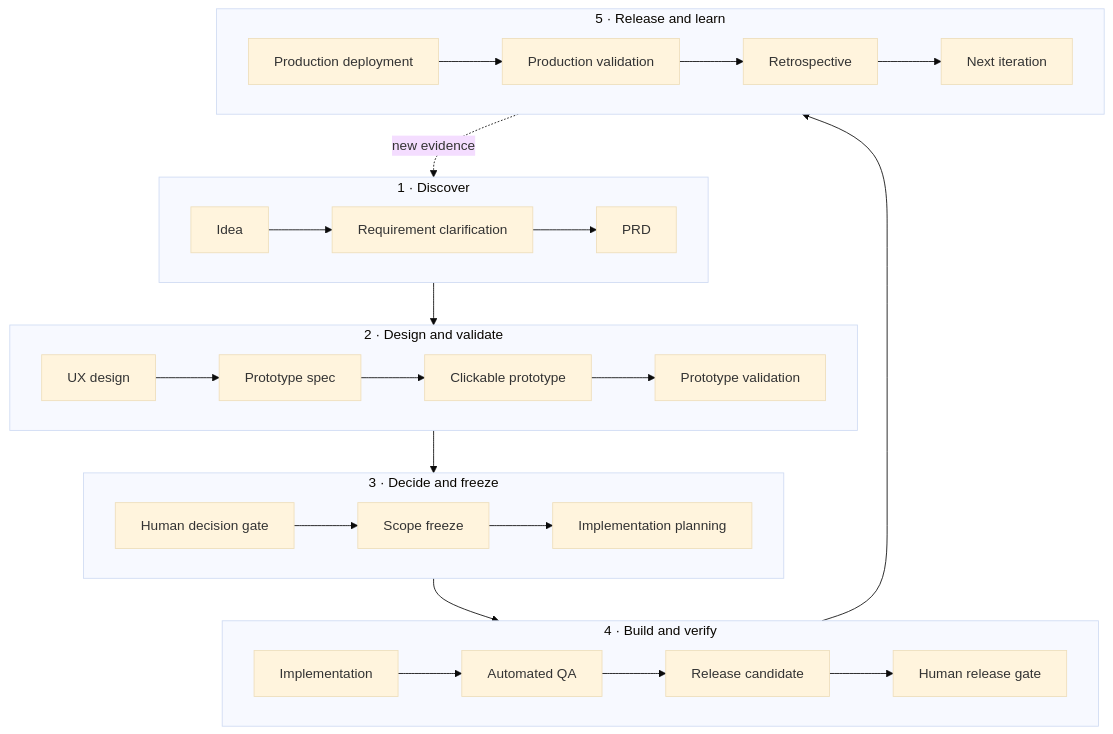
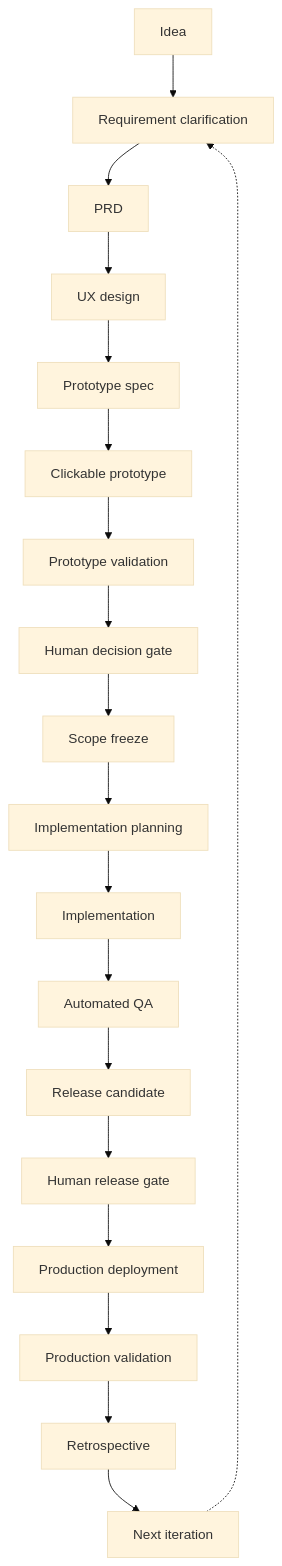
One commit to 1335389202-create/ai-product-development-workflow changed the diagram in README.md. Above: the diagram before and after it, drawn with Mermaid (base theme).

Commit message:
docs: simplify Mermaid for GitHub rendering

````diff
--- a/README.md
+++ b/README.md
@@ -17,33 +17,10 @@
 ```mermaid
-flowchart TB
-  subgraph Discover["1 · Discover"]
-    direction LR
-    D1["Idea"] --> D2["Requirement clarification"] --> D3["PRD"]
-  end
-
-  subgraph Design["2 · Design and validate"]
-    direction LR
-    X1["UX design"] --> X2["Prototype spec"] --> X3["Clickable prototype"] --> X4["Prototype validation"]
-  end
-
-  subgraph Plan["3 · Decide and freeze"]
-    direction LR
-    G1["Human decision gate"] --> G2["Scope freeze"] --> G3["Implementation planning"]
-  end
-
-  subgraph Build["4 · Build and verify"]
-    direction LR
-    B1["Implementation"] --> B2["Automated QA"] --> B3["Release candidate"] --> B4["Human release gate"]
-  end
-
-  subgraph Learn["5 · Release and learn"]
-    direction LR
-    R1["Production deployment"] --> R2["Production validation"] --> R3["Retrospective"] --> R4["Next iteration"]
-  end
-
-  D3 --> X1
-  X4 --> G1
-  G3 --> B1
-  B4 --> R1
-  R4 -. "new evidence" .-> D2
+flowchart TD
+  A[Idea] --> B[Requirement clarification] --> C[PRD]
+  C --> D[UX design] --> E[Prototype spec] --> F[Clickable prototype]
+  F --> G[Prototype validation] --> H[Human decision gate] --> I[Scope freeze]
+  I --> J[Implementation planning] --> K[Implementation] --> L[Automated QA]
+  L --> M[Release candidate] --> N[Human release gate] --> O[Production deployment]
+  O --> P[Production validation] --> Q[Retrospective] --> R[Next iteration]
+  R -.-> B
 ```
````
